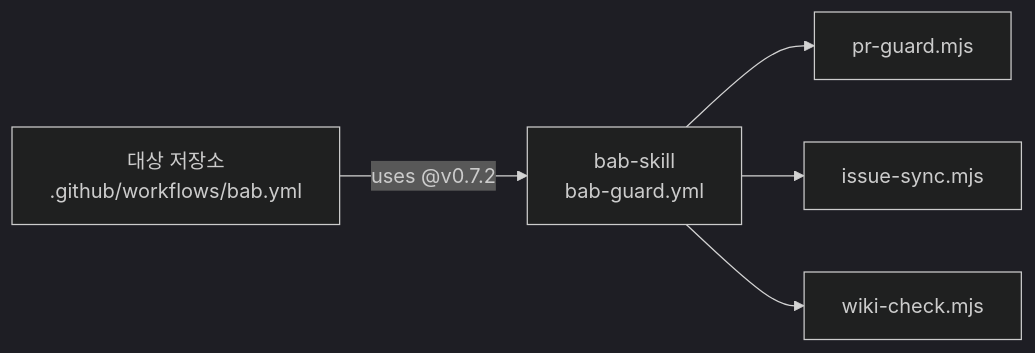
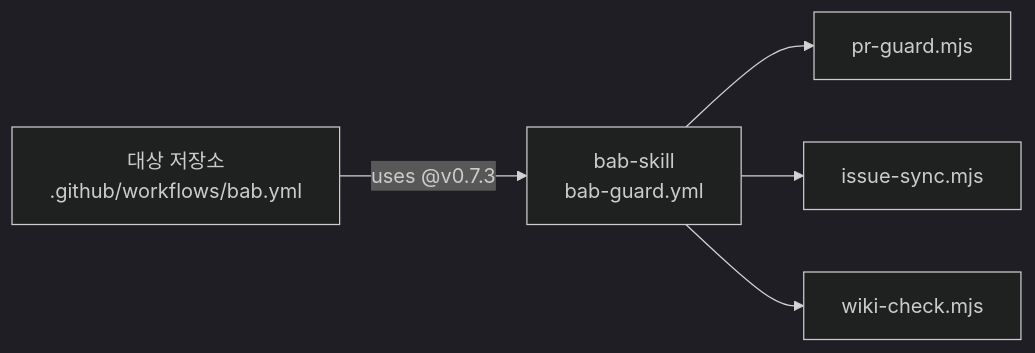
The first of 3 diagrams in docs/guide.md (freevue/bab-skill), drawn with Mermaid (dark theme) before and after one commit. The commit also changed other lines of this file and 6 other files, not shown here.

````diff
--- a/docs/guide.md
+++ b/docs/guide.md
@@ -369,7 +369,7 @@
 ```mermaid
 flowchart LR
-  A[대상 저장소<br/>.github/workflows/bab.yml] -->|uses @v0.7.2| B[bab-skill<br/>bab-guard.yml]
+  A[대상 저장소<br/>.github/workflows/bab.yml] -->|uses @v0.7.3| B[bab-skill<br/>bab-guard.yml]
   B --> C[pr-guard.mjs]
   B --> D[issue-sync.mjs]
   B --> E[wiki-check.mjs]
 ```
````
